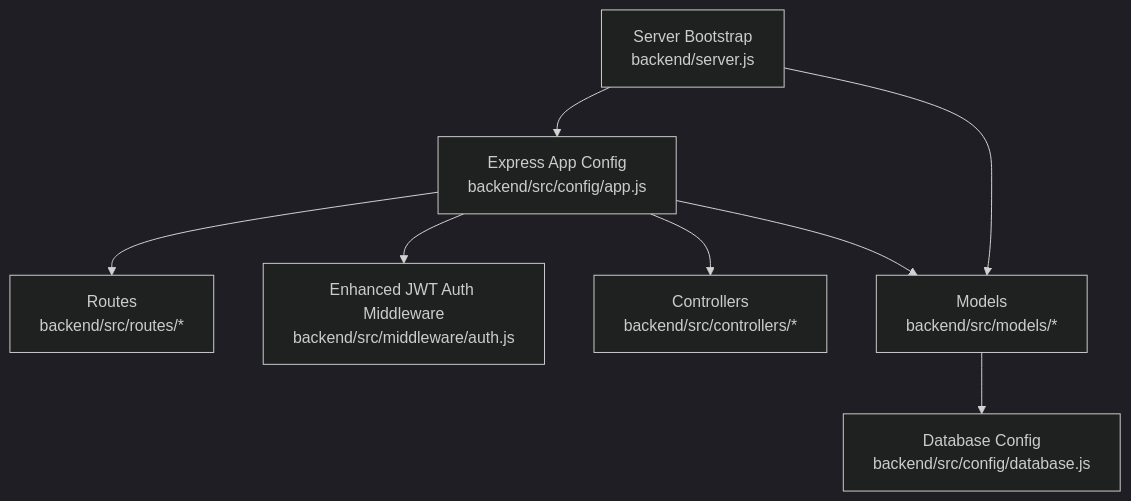
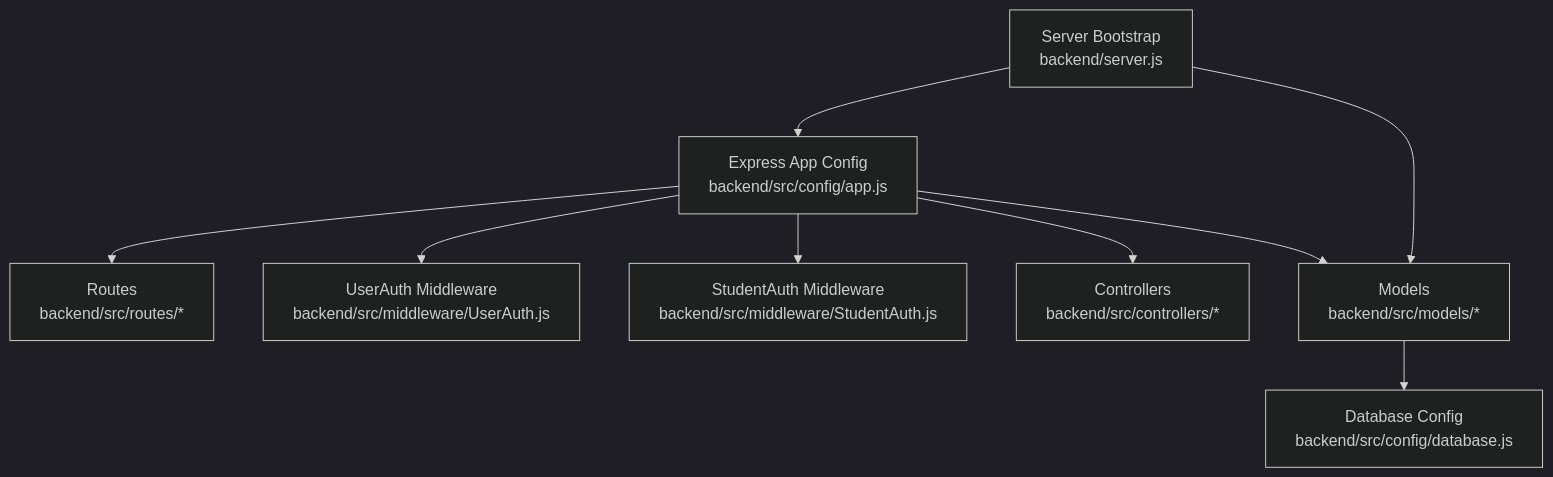
The first of 3 diagrams in .qoder/repowiki/en/content/Authentication & Authorization/Authentication Middleware & Integration.md (Mreng78/khirocom_project), drawn with Mermaid (dark theme) before and after one commit. The commit also changed other lines of this file and 17 other files, not shown here.

````diff
--- a/.qoder/repowiki/en/content/Authentication & Authorization/Authentication Middleware & Integration.md
+++ b/.qoder/repowiki/en/content/Authentication & Authorization/Authentication Middleware & Integration.md
@@ -42,10 +45,11 @@
 ```mermaid
 graph TB
 Server["Server Bootstrap<br/>backend/server.js"] --> ConfigApp["Express App Config<br/>backend/src/config/app.js"]
 ConfigApp --> Routes["Routes<br/>backend/src/routes/*"]
-ConfigApp --> Middleware["Enhanced JWT Auth Middleware<br/>backend/src/middleware/auth.js"]
+ConfigApp --> UserAuth["UserAuth Middleware<br/>backend/src/middleware/UserAuth.js"]
+ConfigApp --> StudentAuth["StudentAuth Middleware<br/>backend/src/middleware/StudentAuth.js"]
 ConfigApp --> Controllers["Controllers<br/>backend/src/controllers/*"]
 ConfigApp --> Models["Models<br/>backend/src/models/*"]
 Models --> Database["Database Config<br/>backend/src/config/database.js"]
 Server --> Models
 ```
````
